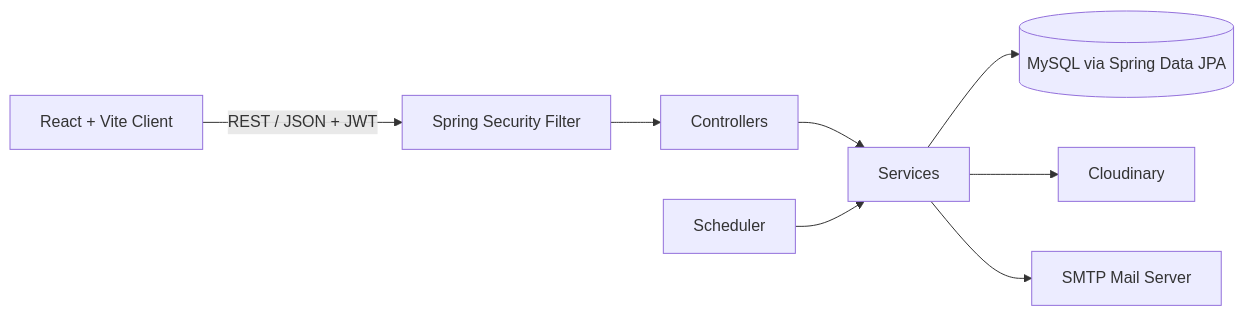
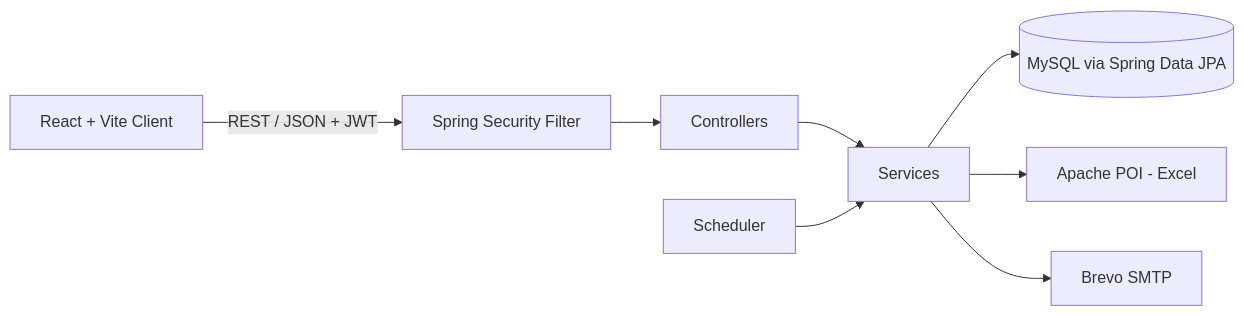
One commit to momen-tarek111/Money_Manager_Server changed the diagram in README.md. Above: the diagram before and after it, drawn with Mermaid. The commit also changed other lines of this file, not shown here.

````diff
--- a/README.md
+++ b/README.md
@@ -52,10 +54,10 @@
 ```mermaid
 flowchart LR
     A[React + Vite Client] -- REST / JSON + JWT --> B[Spring Security Filter]
     B --> C[Controllers]
     C --> D[Services]
     D --> E[(MySQL via Spring Data JPA)]
-    D --> F[Cloudinary]
-    D --> G[SMTP Mail Server]
+    D --> F[Apache POI - Excel]
+    D --> G[Brevo SMTP]
     H[Scheduler] --> D
 ```
````
